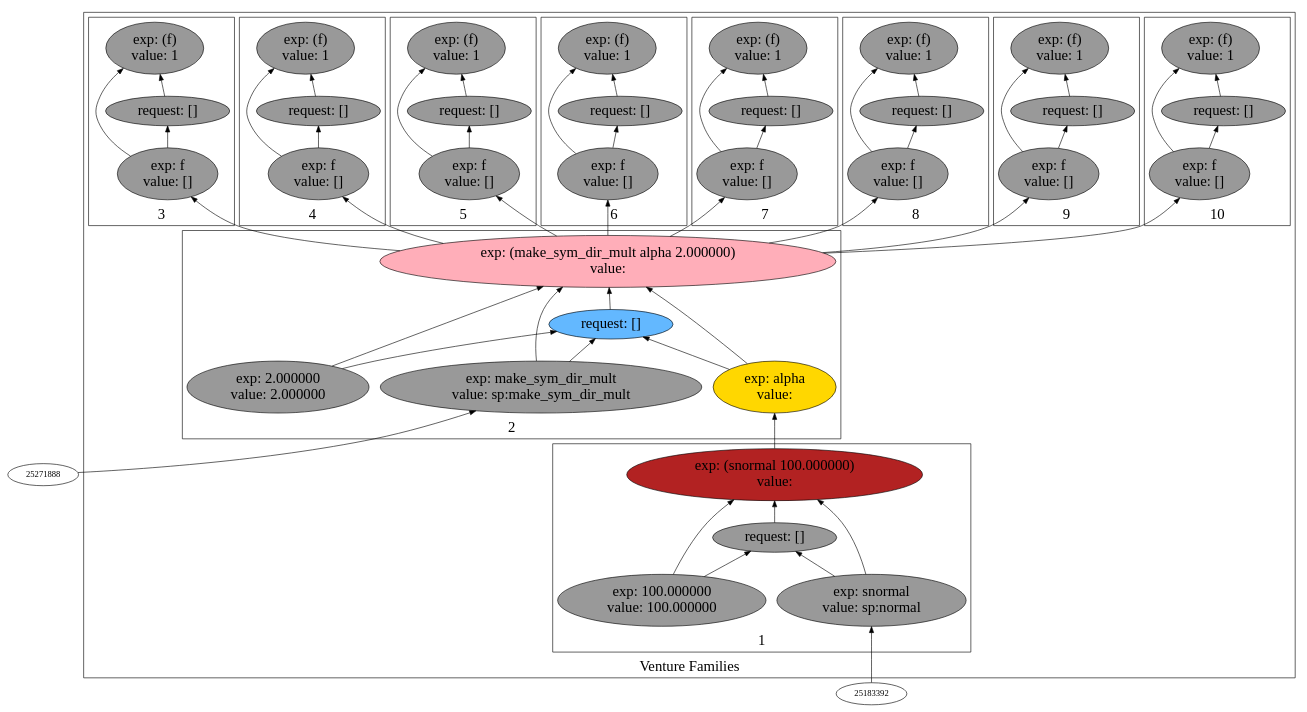
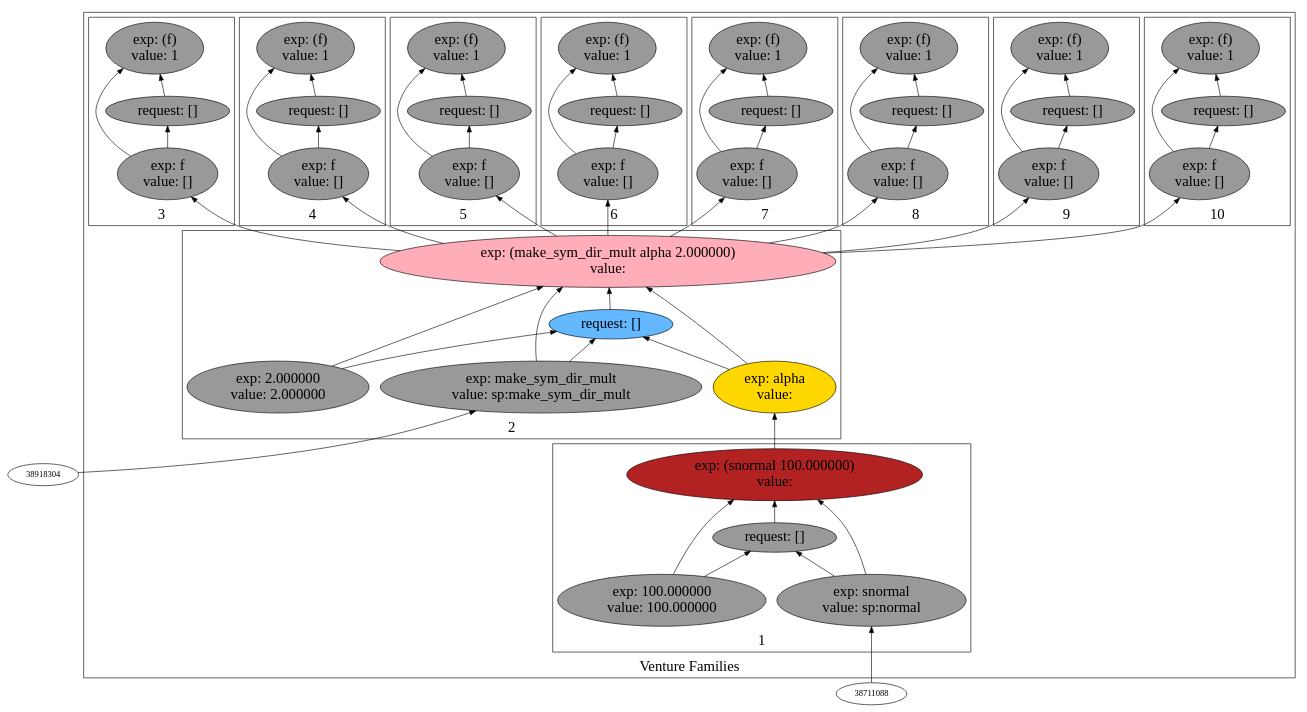
One commit to probcomp/Venturecxx changed the diagram in backend/cxx/graphs/aaa_basic_with_aaa/dot7.dot. Above: the diagram before and after it, drawn with Graphviz. The commit also changed 374 other files, not shown here.

```diff
--- a/backend/cxx/graphs/aaa_basic_with_aaa/dot7.dot
+++ b/backend/cxx/graphs/aaa_basic_with_aaa/dot7.dot
@@ -5,125 +5,125 @@
 label="Venture Families"
 subgraph cluster2 {
 label="1"
-"23933904"["fillcolor"="firebrick" "fontsize"="24" "label"="exp: (snormal 100.000000)\nvalue: " "shape"="ellipse" "style"="filled" ]
-"27225088"["fillcolor"="grey60" "fontsize"="24" "label"="request: []" "shape"="ellipse" "style"="filled" ]
-"27240144"["fillcolor"="grey60" "fontsize"="24" "label"="exp: snormal\nvalue: sp:normal" "shape"="ellipse" "style"="filled" ]
-"17032960"["fillcolor"="grey60" "fontsize"="24" "label"="exp: 100.000000\nvalue: 100.000000" "shape"="ellipse" "style"="filled" ]
+"36305200"["fillcolor"="firebrick" "fontsize"="24" "label"="exp: (snormal 100.000000)\nvalue: " "shape"="ellipse" "style"="filled" ]
+"39687808"["fillcolor"="grey60" "fontsize"="24" "label"="request: []" "shape"="ellipse" "style"="filled" ]
+"39664544"["fillcolor"="grey60" "fontsize"="24" "label"="exp: snormal\nvalue: sp:normal" "shape"="ellipse" "style"="filled" ]
+"37525184"["fillcolor"="grey60" "fontsize"="24" "label"="exp: 100.000000\nvalue: 100.000000" "shape"="ellipse" "style"="filled" ]
 }
 
 subgraph cluster3 {
 label="2"
-"19730320"["fillcolor"="lightpink1" "fontsize"="24" "label"="exp: (make_sym_dir_mult alpha 2.000000)\nvalue: " "shape"="ellipse" "style"="filled" ]
-"22550704"["fillcolor"="steelblue1" "fontsize"="24" "label"="request: []" "shape"="ellipse" "style"="filled" ]
-"19757488"["fillcolor"="grey60" "fontsize"="24" "label"="exp: make_sym_dir_mult\nvalue: sp:make_sym_dir_mult" "shape"="ellipse" "style"="filled" ]
-"24583872"["fillcolor"="gold" "fontsize"="24" "label"="exp: alpha\nvalue: " "shape"="ellipse" "style"="filled" ]
-"24548272"["fillcolor"="grey60" "fontsize"="24" "label"="exp: 2.000000\nvalue: 2.000000" "shape"="ellipse" "style"="filled" ]
+"31055760"["fillcolor"="lightpink1" "fontsize"="24" "label"="exp: (make_sym_dir_mult alpha 2.000000)\nvalue: " "shape"="ellipse" "style"="filled" ]
+"38243120"["fillcolor"="steelblue1" "fontsize"="24" "label"="request: []" "shape"="ellipse" "style"="filled" ]
+"30852832"["fillcolor"="grey60" "fontsize"="24" "label"="exp: make_sym_dir_mult\nvalue: sp:make_sym_dir_mult" "shape"="ellipse" "style"="filled" ]
+"28358400"["fillcolor"="gold" "fontsize"="24" "label"="exp: alpha\nvalue: " "shape"="ellipse" "style"="filled" ]
+"31082928"["fillcolor"="grey60" "fontsize"="24" "label"="exp: 2.000000\nvalue: 2.000000" "shape"="ellipse" "style"="filled" ]
 }
 
 subgraph cluster4 {
 label="3"
-"20015792"["fillcolor"="grey60" "fontsize"="24" "label"="exp: (f)\nvalue: 1" "shape"="ellipse" "style"="filled" ]
-"21585232"["fillcolor"="grey60" "fontsize"="24" "label"="request: []" "shape"="ellipse" "style"="filled" ]
-"21242832"["fillcolor"="grey60" "fontsize"="24" "label"="exp: f\nvalue: []" "shape"="ellipse" "style"="filled" ]
+"33936992"["fillcolor"="grey60" "fontsize"="24" "label"="exp: (f)\nvalue: 1" "shape"="ellipse" "style"="filled" ]
+"36919568"["fillcolor"="grey60" "fontsize"="24" "label"="request: []" "shape"="ellipse" "style"="filled" ]
+"38700016"["fillcolor"="grey60" "fontsize"="24" "label"="exp: f\nvalue: []" "shape"="ellipse" "style"="filled" ]
 }
 
 subgraph cluster5 {
 label="4"
-"19527392"["fillcolor"="grey60" "fontsize"="24" "label"="exp: (f)\nvalue: 1" "shape"="ellipse" "style"="filled" ]
-"19090464"["fillcolor"="grey60" "fontsize"="24" "label"="request: []" "shape"="ellipse" "style"="filled" ]
-"20003376"["fillcolor"="grey60" "fontsize"="24" "label"="exp: f\nvalue: []" "shape"="ellipse" "style"="filled" ]
+"33943744"["fillcolor"="grey60" "fontsize"="24" "label"="exp: (f)\nvalue: 1" "shape"="ellipse" "style"="filled" ]
+"29656560"["fillcolor"="grey60" "fontsize"="24" "label"="request: []" "shape"="ellipse" "style"="filled" ]
+"33092592"["fillcolor"="grey60" "fontsize"="24" "label"="exp: f\nvalue: []" "shape"="ellipse" "style"="filled" ]
 }
 
 subgraph cluster6 {
 label="5"
-"20657840"["fillcolor"="grey60" "fontsize"="24" "label"="exp: (f)\nvalue: 1" "shape"="ellipse" "style"="filled" ]
-"19542832"["fillcolor"="grey60" "fontsize"="24" "label"="request: []" "shape"="ellipse" "style"="filled" ]
-"21008016"["fillcolor"="grey60" "fontsize"="24" "label"="exp: f\nvalue: []" "shape"="ellipse" "style"="filled" ]
+"34036272"["fillcolor"="grey60" "fontsize"="24" "label"="exp: (f)\nvalue: 1" "shape"="ellipse" "style"="filled" ]
+"30415904"["fillcolor"="grey60" "fontsize"="24" "label"="request: []" "shape"="ellipse" "style"="filled" ]
+"31328816"["fillcolor"="grey60" "fontsize"="24" "label"="exp: f\nvalue: []" "shape"="ellipse" "style"="filled" ]
 }
 
 subgraph cluster7 {
 label="6"
-"21054944"["fillcolor"="grey60" "fontsize"="24" "label"="exp: (f)\nvalue: 1" "shape"="ellipse" "style"="filled" ]
-"19161760"["fillcolor"="grey60" "fontsize"="24" "label"="request: []" "shape"="ellipse" "style"="filled" ]
-"19263232"["fillcolor"="grey60" "fontsize"="24" "label"="exp: f\nvalue: []" "shape"="ellipse" "style"="filled" ]
+"37271520"["fillcolor"="grey60" "fontsize"="24" "label"="exp: (f)\nvalue: 1" "shape"="ellipse" "style"="filled" ]
+"30868272"["fillcolor"="grey60" "fontsize"="24" "label"="request: []" "shape"="ellipse" "style"="filled" ]
+"31341232"["fillcolor"="grey60" "fontsize"="24" "label"="exp: f\nvalue: []" "shape"="ellipse" "style"="filled" ]
 }
 
 subgraph cluster8 {
 label="7"
-"21253792"["fillcolor"="grey60" "fontsize"="24" "label"="exp: (f)\nvalue: 1" "shape"="ellipse" "style"="filled" ]
-"20544160"["fillcolor"="grey60" "fontsize"="24" "label"="request: []" "shape"="ellipse" "style"="filled" ]
-"21280336"["fillcolor"="grey60" "fontsize"="24" "label"="exp: f\nvalue: []" "shape"="ellipse" "style"="filled" ]
+"31983280"["fillcolor"="grey60" "fontsize"="24" "label"="exp: (f)\nvalue: 1" "shape"="ellipse" "style"="filled" ]
+"30881168"["fillcolor"="grey60" "fontsize"="24" "label"="request: []" "shape"="ellipse" "style"="filled" ]
+"32857776"["fillcolor"="grey60" "fontsize"="24" "label"="exp: f\nvalue: []" "shape"="ellipse" "style"="filled" ]
 }
 
 subgraph cluster9 {
 label="8"
-"21669504"["fillcolor"="grey60" "fontsize"="24" "label"="exp: (f)\nvalue: 1" "shape"="ellipse" "style"="filled" ]
-"21594288"["fillcolor"="grey60" "fontsize"="24" "label"="request: []" "shape"="ellipse" "style"="filled" ]
-"20536048"["fillcolor"="grey60" "fontsize"="24" "label"="exp: f\nvalue: []" "shape"="ellipse" "style"="filled" ]
+"32904704"["fillcolor"="grey60" "fontsize"="24" "label"="exp: (f)\nvalue: 1" "shape"="ellipse" "style"="filled" ]
+"30487200"["fillcolor"="grey60" "fontsize"="24" "label"="request: []" "shape"="ellipse" "style"="filled" ]
+"31339040"["fillcolor"="grey60" "fontsize"="24" "label"="exp: f\nvalue: []" "shape"="ellipse" "style"="filled" ]
 }
 
 subgraph cluster10 {
 label="9"
-"22140848"["fillcolor"="grey60" "fontsize"="24" "label"="exp: (f)\nvalue: 1" "shape"="ellipse" "style"="filled" ]
-"19964176"["fillcolor"="grey60" "fontsize"="24" "label"="request: []" "shape"="ellipse" "style"="filled" ]
-"17556832"["fillcolor"="grey60" "fontsize"="24" "label"="exp: f\nvalue: []" "shape"="ellipse" "style"="filled" ]
+"31869600"["fillcolor"="grey60" "fontsize"="24" "label"="exp: (f)\nvalue: 1" "shape"="ellipse" "style"="filled" ]
+"30588672"["fillcolor"="grey60" "fontsize"="24" "label"="request: []" "shape"="ellipse" "style"="filled" ]
+"33103552"["fillcolor"="grey60" "fontsize"="24" "label"="exp: f\nvalue: []" "shape"="ellipse" "style"="filled" ]
 }
 
 subgraph cluster11 {
 label="10"
-"21285312"["fillcolor"="grey60" "fontsize"="24" "label"="exp: (f)\nvalue: 1" "shape"="ellipse" "style"="filled" ]
-"19555728"["fillcolor"="grey60" "fontsize"="24" "label"="request: []" "shape"="ellipse" "style"="filled" ]
-"21569072"["fillcolor"="grey60" "fontsize"="24" "label"="exp: f\nvalue: []" "shape"="ellipse" "style"="filled" ]
+"31861488"["fillcolor"="grey60" "fontsize"="24" "label"="exp: (f)\nvalue: 1" "shape"="ellipse" "style"="filled" ]
+"33946736"["fillcolor"="grey60" "fontsize"="24" "label"="request: []" "shape"="ellipse" "style"="filled" ]
+"31289616"["fillcolor"="grey60" "fontsize"="24" "label"="exp: f\nvalue: []" "shape"="ellipse" "style"="filled" ]
 }
 
 }
 
-"20003376" -> "19527392"["arrowhead"="normal" "color"="black" "constraint"="true" "style"="solid" ]
-"20003376" -> "19090464"["arrowhead"="normal" "color"="black" "constraint"="true" "style"="solid" ]
-"19730320" -> "20003376"["arrowhead"="normal" "color"="black" "constraint"="true" "style"="solid" ]
-"19090464" -> "19527392"["arrowhead"="normal" "color"="black" "constraint"="true" "style"="solid" ]
-"19757488" -> "19730320"["arrowhead"="normal" "color"="black" "constraint"="true" "style"="solid" ]
-"19757488" -> "22550704"["arrowhead"="normal" "color"="black" "constraint"="true" "style"="solid" ]
-"25271888" -> "19757488"["arrowhead"="normal" "color"="black" "constraint"="true" "style"="solid" ]
-"24583872" -> "19730320"["arrowhead"="normal" "color"="black" "constraint"="true" "style"="solid" ]
-"24583872" -> "22550704"["arrowhead"="normal" "color"="black" "constraint"="true" "style"="solid" ]
-"23933904" -> "24583872"["arrowhead"="normal" "color"="black" "constraint"="true" "style"="solid" ]
-"24548272" -> "19730320"["arrowhead"="normal" "color"="black" "constraint"="true" "style"="solid" ]
-"24548272" -> "22550704"["arrowhead"="normal" "color"="black" "constraint"="true" "style"="solid" ]
-"22550704" -> "19730320"["arrowhead"="normal" "color"="black" "constraint"="true" "style"="solid" ]
-"21242832" -> "20015792"["arrowhead"="normal" "color"="black" "constraint"="true" "style"="solid" ]
-"21242832" -> "21585232"["arrowhead"="normal" "color"="black" "constraint"="true" "style"="solid" ]
-"19730320" -> "21242832"["arrowhead"="normal" "color"="black" "constraint"="true" "style"="solid" ]
-"21585232" -> "20015792"["arrowhead"="normal" "color"="black" "constraint"="true" "style"="solid" ]
-"21008016" -> "20657840"["arrowhead"="normal" "color"="black" "constraint"="true" "style"="solid" ]
-"21008016" -> "19542832"["arrowhead"="normal" "color"="black" "constraint"="true" "style"="solid" ]
-"19730320" -> "21008016"["arrowhead"="normal" "color"="black" "constraint"="true" "style"="solid" ]
-"19542832" -> "20657840"["arrowhead"="normal" "color"="black" "constraint"="true" "style"="solid" ]
-"19263232" -> "21054944"["arrowhead"="normal" "color"="black" "constraint"="true" "style"="solid" ]
-"19263232" -> "19161760"["arrowhead"="normal" "color"="black" "constraint"="true" "style"="solid" ]
-"19730320" -> "19263232"["arrowhead"="normal" "color"="black" "constraint"="true" "style"="solid" ]
-"19161760" -> "21054944"["arrowhead"="normal" "color"="black" "constraint"="true" "style"="solid" ]
-"21280336" -> "21253792"["arrowhead"="normal" "color"="black" "constraint"="true" "style"="solid" ]
-"21280336" -> "20544160"["arrowhead"="normal" "color"="black" "constraint"="true" "style"="solid" ]
-"19730320" -> "21280336"["arrowhead"="normal" "color"="black" "constraint"="true" "style"="solid" ]
-"20544160" -> "21253792"["arrowhead"="normal" "color"="black" "constraint"="true" "style"="solid" ]
-"21569072" -> "21285312"["arrowhead"="normal" "color"="black" "constraint"="true" "style"="solid" ]
-"21569072" -> "19555728"["arrowhead"="normal" "color"="black" "constraint"="true" "style"="solid" ]
-"19730320" -> "21569072"["arrowhead"="normal" "color"="black" "constraint"="true" "style"="solid" ]
-"19555728" -> "21285312"["arrowhead"="normal" "color"="black" "constraint"="true" "style"="solid" ]
-"20536048" -> "21669504"["arrowhead"="normal" "color"="black" "constraint"="true" "style"="solid" ]
-"20536048" -> "21594288"["arrowhead"="normal" "color"="black" "constraint"="true" "style"="solid" ]
-"19730320" -> "20536048"["arrowhead"="normal" "color"="black" "constraint"="true" "style"="solid" ]
-"21594288" -> "21669504"["arrowhead"="normal" "color"="black" "constraint"="true" "style"="solid" ]
-"17556832" -> "22140848"["arrowhead"="normal" "color"="black" "constraint"="true" "style"="solid" ]
-"17556832" -> "19964176"["arrowhead"="normal" "color"="black" "constraint"="true" "style"="solid" ]
-"19730320" -> "17556832"["arrowhead"="normal" "color"="black" "constraint"="true" "style"="solid" ]
-"19964176" -> "22140848"["arrowhead"="normal" "color"="black" "constraint"="true" "style"="solid" ]
-"27240144" -> "23933904"["arrowhead"="normal" "color"="black" "constraint"="true" "style"="solid" ]
-"27240144" -> "27225088"["arrowhead"="normal" "color"="black" "constraint"="true" "style"="solid" ]
-"25183392" -> "27240144"["arrowhead"="normal" "color"="black" "constraint"="true" "style"="solid" ]
-"17032960" -> "23933904"["arrowhead"="normal" "color"="black" "constraint"="true" "style"="solid" ]
-"17032960" -> "27225088"["arrowhead"="normal" "color"="black" "constraint"="true" "style"="solid" ]
-"27225088" -> "23933904"["arrowhead"="normal" "color"="black" "constraint"="true" "style"="solid" ]
+"30852832" -> "31055760"["arrowhead"="normal" "color"="black" "constraint"="true" "style"="solid" ]
+"30852832" -> "38243120"["arrowhead"="normal" "color"="black" "constraint"="true" "style"="solid" ]
+"38918304" -> "30852832"["arrowhead"="normal" "color"="black" "constraint"="true" "style"="solid" ]
+"28358400" -> "31055760"["arrowhead"="normal" "color"="black" "constraint"="true" "style"="solid" ]
+"28358400" -> "38243120"["arrowhead"="normal" "color"="black" "constraint"="true" "style"="solid" ]
+"36305200" -> "28358400"["arrowhead"="normal" "color"="black" "constraint"="true" "style"="solid" ]
+"31082928" -> "31055760"["arrowhead"="normal" "color"="black" "constraint"="true" "style"="solid" ]
+"31082928" -> "38243120"["arrowhead"="normal" "color"="black" "constraint"="true" "style"="solid" ]
+"38243120" -> "31055760"["arrowhead"="normal" "color"="black" "constraint"="true" "style"="solid" ]
+"31289616" -> "31861488"["arrowhead"="normal" "color"="black" "constraint"="true" "style"="solid" ]
+"31289616" -> "33946736"["arrowhead"="normal" "color"="black" "constraint"="true" "style"="solid" ]
+"31055760" -> "31289616"["arrowhead"="normal" "color"="black" "constraint"="true" "style"="solid" ]
+"33946736" -> "31861488"["arrowhead"="normal" "color"="black" "constraint"="true" "style"="solid" ]
+"33103552" -> "31869600"["arrowhead"="normal" "color"="black" "constraint"="true" "style"="solid" ]
+"33103552" -> "30588672"["arrowhead"="normal" "color"="black" "constraint"="true" "style"="solid" ]
+"31055760" -> "33103552"["arrowhead"="normal" "color"="black" "constraint"="true" "style"="solid" ]
+"30588672" -> "31869600"["arrowhead"="normal" "color"="black" "constraint"="true" "style"="solid" ]
+"32857776" -> "31983280"["arrowhead"="normal" "color"="black" "constraint"="true" "style"="solid" ]
+"32857776" -> "30881168"["arrowhead"="normal" "color"="black" "constraint"="true" "style"="solid" ]
+"31055760" -> "32857776"["arrowhead"="normal" "color"="black" "constraint"="true" "style"="solid" ]
+"30881168" -> "31983280"["arrowhead"="normal" "color"="black" "constraint"="true" "style"="solid" ]
+"31339040" -> "32904704"["arrowhead"="normal" "color"="black" "constraint"="true" "style"="solid" ]
+"31339040" -> "30487200"["arrowhead"="normal" "color"="black" "constraint"="true" "style"="solid" ]
+"31055760" -> "31339040"["arrowhead"="normal" "color"="black" "constraint"="true" "style"="solid" ]
+"30487200" -> "32904704"["arrowhead"="normal" "color"="black" "constraint"="true" "style"="solid" ]
+"38700016" -> "33936992"["arrowhead"="normal" "color"="black" "constraint"="true" "style"="solid" ]
+"38700016" -> "36919568"["arrowhead"="normal" "color"="black" "constraint"="true" "style"="solid" ]
+"31055760" -> "38700016"["arrowhead"="normal" "color"="black" "constraint"="true" "style"="solid" ]
+"36919568" -> "33936992"["arrowhead"="normal" "color"="black" "constraint"="true" "style"="solid" ]
+"33092592" -> "33943744"["arrowhead"="normal" "color"="black" "constraint"="true" "style"="solid" ]
+"33092592" -> "29656560"["arrowhead"="normal" "color"="black" "constraint"="true" "style"="solid" ]
+"31055760" -> "33092592"["arrowhead"="normal" "color"="black" "constraint"="true" "style"="solid" ]
+"29656560" -> "33943744"["arrowhead"="normal" "color"="black" "constraint"="true" "style"="solid" ]
+"31328816" -> "34036272"["arrowhead"="normal" "color"="black" "constraint"="true" "style"="solid" ]
+"31328816" -> "30415904"["arrowhead"="normal" "color"="black" "constraint"="true" "style"="solid" ]
+"31055760" -> "31328816"["arrowhead"="normal" "color"="black" "constraint"="true" "style"="solid" ]
+"30415904" -> "34036272"["arrowhead"="normal" "color"="black" "constraint"="true" "style"="solid" ]
+"39664544" -> "36305200"["arrowhead"="normal" "color"="black" "constraint"="true" "style"="solid" ]
+"39664544" -> "39687808"["arrowhead"="normal" "color"="black" "constraint"="true" "style"="solid" ]
+"38711088" -> "39664544"["arrowhead"="normal" "color"="black" "constraint"="true" "style"="solid" ]
+"37525184" -> "36305200"["arrowhead"="normal" "color"="black" "constraint"="true" "style"="solid" ]
+"37525184" -> "39687808"["arrowhead"="normal" "color"="black" "constraint"="true" "style"="solid" ]
+"39687808" -> "36305200"["arrowhead"="normal" "color"="black" "constraint"="true" "style"="solid" ]
+"31341232" -> "37271520"["arrowhead"="normal" "color"="black" "constraint"="true" "style"="solid" ]
+"31341232" -> "30868272"["arrowhead"="normal" "color"="black" "constraint"="true" "style"="solid" ]
+"31055760" -> "31341232"["arrowhead"="normal" "color"="black" "constraint"="true" "style"="solid" ]
+"30868272" -> "37271520"["arrowhead"="normal" "color"="black" "constraint"="true" "style"="solid" ]
 
 }
```
